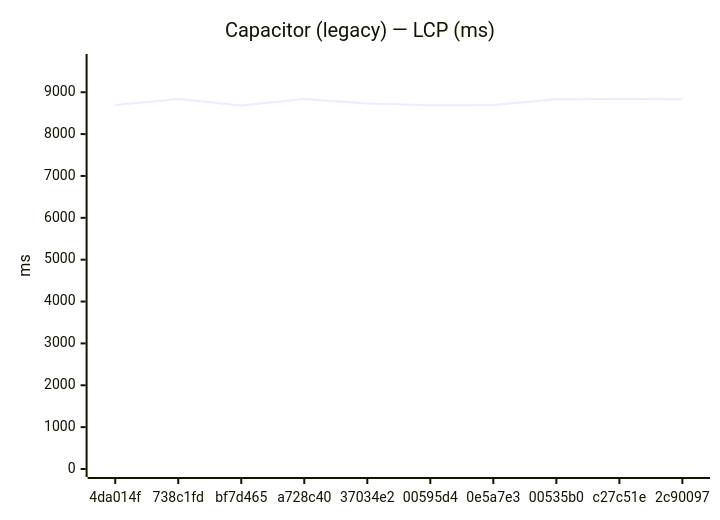
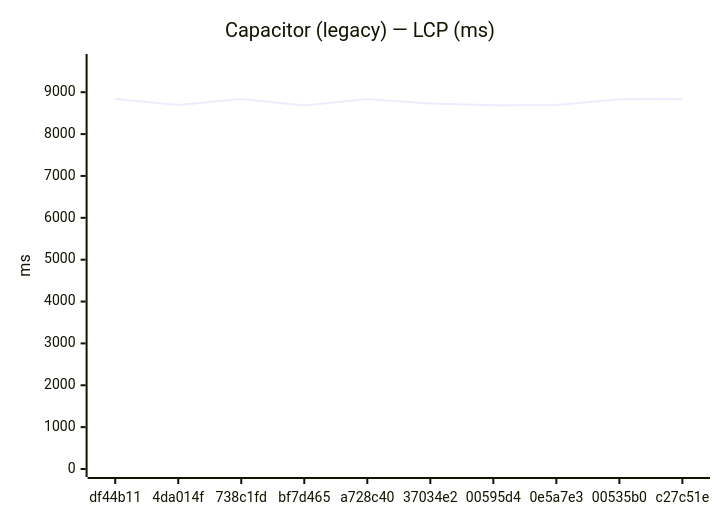
The fifth of 24 diagrams in benchmarks/compare.md (Metaheurist/Rianell), drawn with Mermaid before and after one commit. The commit also changed other lines of this file and 12 other files, not shown here.

````diff
--- a/benchmarks/compare.md
+++ b/benchmarks/compare.md
@@ -84,7 +84,7 @@
 ```mermaid
 xychart-beta
     title "Capacitor (legacy) — LCP (ms)"
-    x-axis ["4da014f", "738c1fd", "bf7d465", "a728c40", "37034e2", "00595d4", "0e5a7e3", "00535b0", "c27c51e", "2c90097"]
+    x-axis ["df44b11", "4da014f", "738c1fd", "bf7d465", "a728c40", "37034e2", "00595d4", "0e5a7e3", "00535b0", "c27c51e"]
     y-axis "ms" 0 --> 9722
-    line [8693, 8838, 8681, 8837, 8731, 8688, 8693, 8834, 8838, 8835]
+    line [8838, 8693, 8838, 8681, 8837, 8731, 8688, 8693, 8834, 8838]
 ```
````
